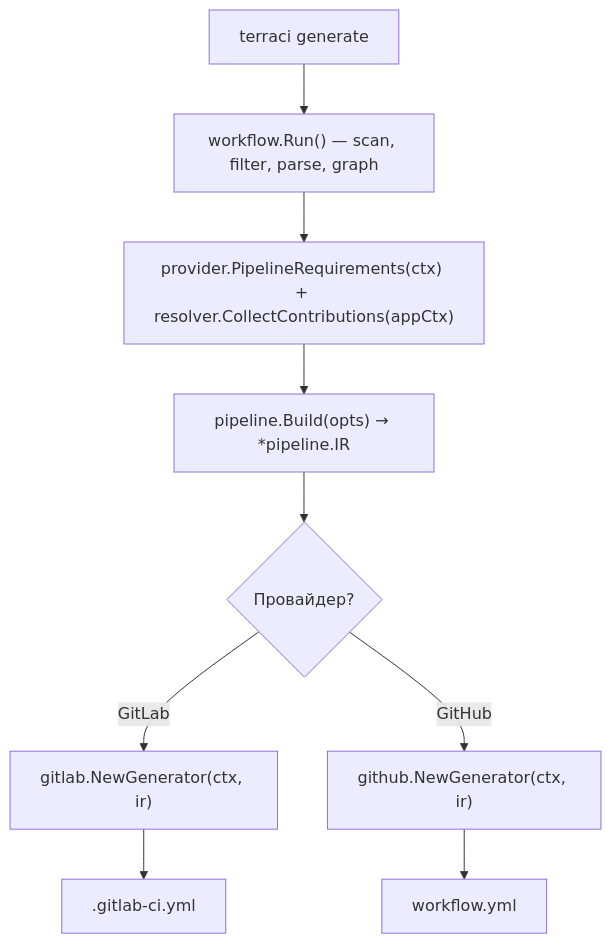
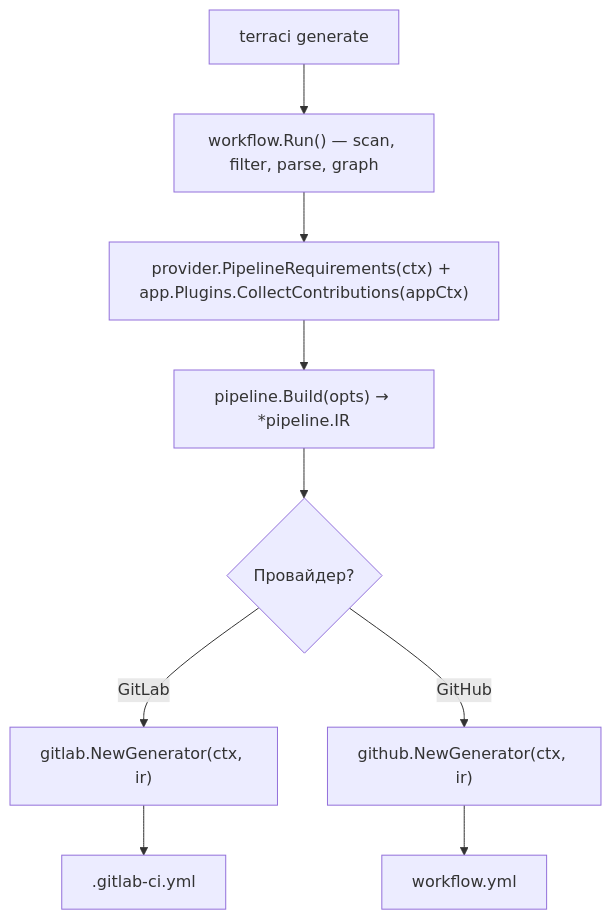
The fourth of 4 diagrams in docs/ru/guide/how-it-works.md (edelwud/terraci), drawn with Mermaid before and after one commit. The commit also changed other lines of this file and 25 other files, not shown here.

Commit message:
refactor(plugins): return pipeline contribution errors

````diff
--- a/docs/ru/guide/how-it-works.md
+++ b/docs/ru/guide/how-it-works.md
@@ -214,10 +214,10 @@
 ```mermaid
 flowchart TD
   A["terraci generate"] --> B
   B["workflow.Run() — scan, filter, parse, graph"] --> C
-  C["provider.PipelineRequirements(ctx) + resolver.CollectContributions(appCtx)"] --> D
+  C["provider.PipelineRequirements(ctx) + app.Plugins.CollectContributions(appCtx)"] --> D
   D["pipeline.Build(opts) → *pipeline.IR"] --> E
   E{"Провайдер?"}
   E -->|GitLab| F["gitlab.NewGenerator(ctx, ir)"] --> G[".gitlab-ci.yml"]
   E -->|GitHub| H["github.NewGenerator(ctx, ir)"] --> I["workflow.yml"]
 ```
````
